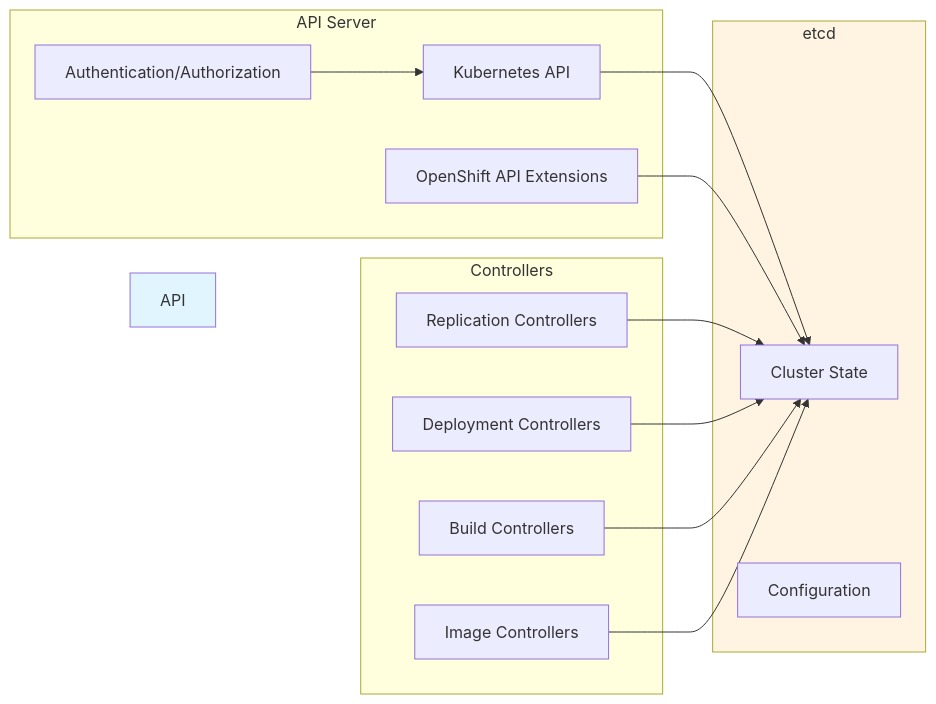
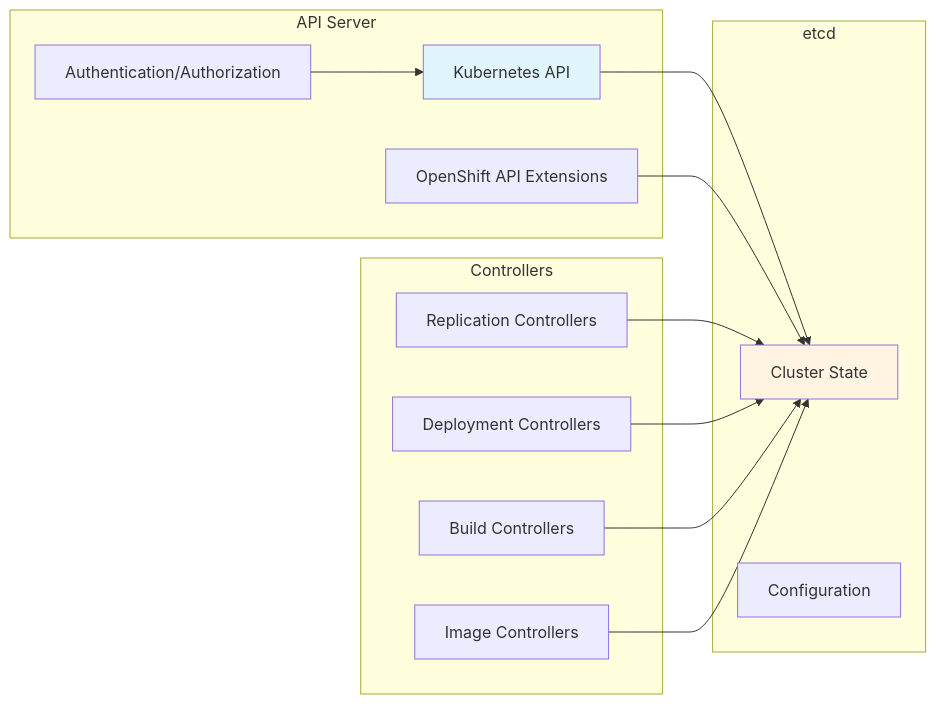
Before and after one commit to deepsm007/tools: the second of 11 diagrams in docs/ARCHITECTURE.md, drawn with Mermaid.

Commit message:
Fix Mermaid diagram syntax error - correct node names in style statements

````diff
--- a/docs/ARCHITECTURE.md
+++ b/docs/ARCHITECTURE.md
@@ -65,32 +65,32 @@
 ```mermaid
 graph LR
     subgraph "API Server"
         K8sAPI[Kubernetes API]
         OCPAPI[OpenShift API Extensions]
         Auth[Authentication/Authorization]
     end
     
     subgraph "etcd"
         State[Cluster State]
         Config[Configuration]
     end
     
     subgraph "Controllers"
         Replication[Replication Controllers]
         Deployment[Deployment Controllers]
         Build[Build Controllers]
         Image[Image Controllers]
     end
     
     K8sAPI --> State
     OCPAPI --> State
     Auth --> K8sAPI
     
     Replication --> State
     Deployment --> State
     Build --> State
     Image --> State
     
-    style API fill:#e1f5ff
-    style etcd fill:#fff4e1
+    style K8sAPI fill:#e1f5ff
+    style State fill:#fff4e1
 ```
````
